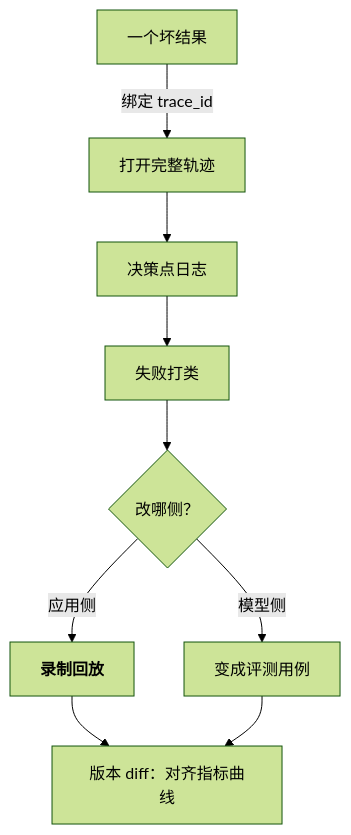
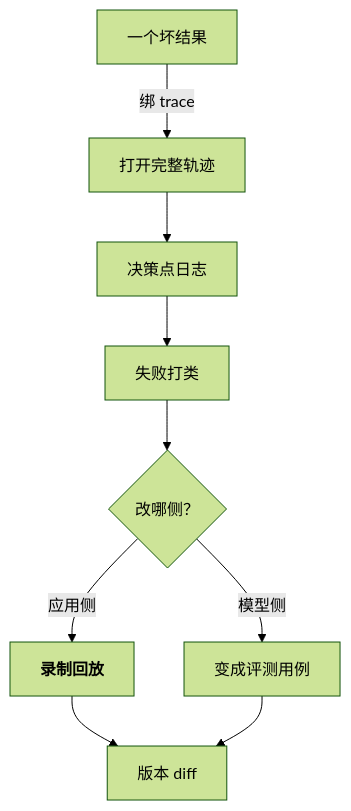
One commit to arganzheng/arganzheng.github.com changed the eighth of 10 diagrams in slides/2026-11-06-evals-and-observability.md. Above: the diagram before and after it, drawn with Mermaid (forest theme). The commit also changed other lines of this file, not shown here.

Commit message:
slides(2026-11-06-evals-and-observability): 图内文字 ≥14px——标签缩短/拆分/Unicode 数学

````diff
--- a/slides/2026-11-06-evals-and-observability.md
+++ b/slides/2026-11-06-evals-and-observability.md
@@ -244,13 +245,13 @@
 ```mermaid
 %%{init: {"flowchart": {"wrappingWidth": 170}}}%%
 flowchart TB
-    B["一个坏结果"] -- "绑定 trace_id" --> TR["打开完整轨迹"]
+    B["一个坏结果"] -- "绑 trace" --> TR["打开完整轨迹"]
     TR --> D["决策点日志"]
     D --> C["失败打类"]
     C --> F{"改哪侧？"}
     F -- "应用侧" --> RP["<b>录制回放</b>"]
     F -- "模型侧" --> EV["变成评测用例"]
-    RP & EV --> V["版本 diff：对齐指标曲线"]
+    RP & EV --> V["版本 diff"]
 
 
 ```
````
